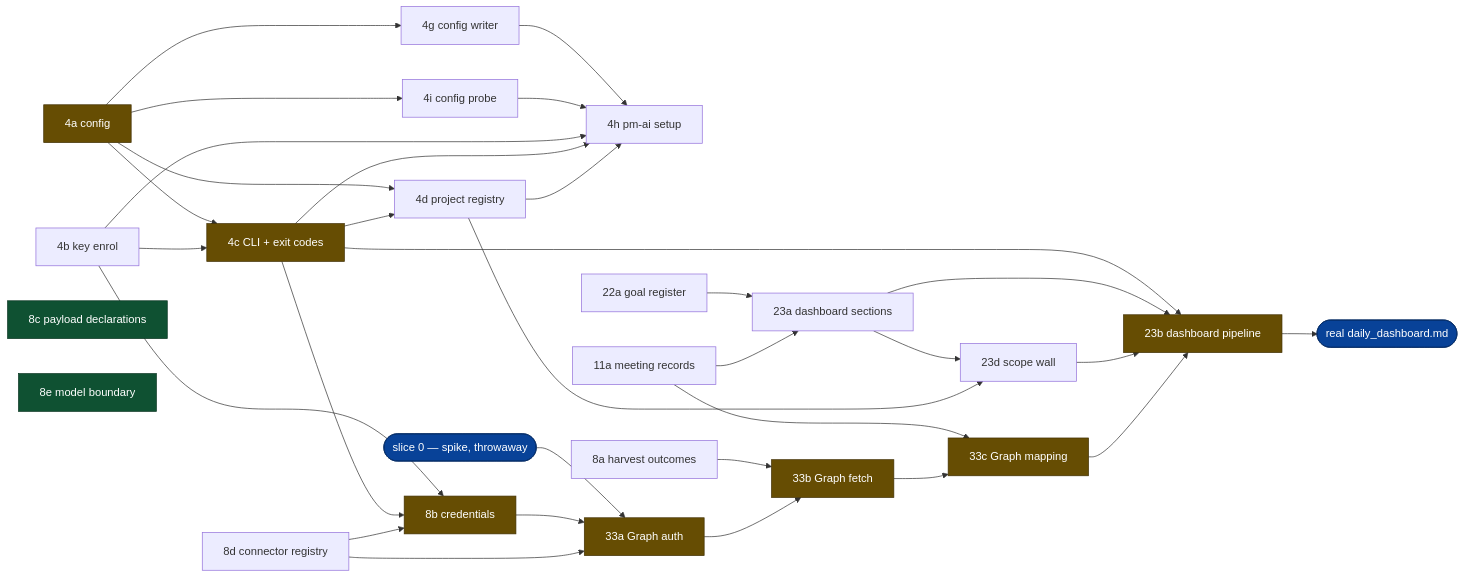
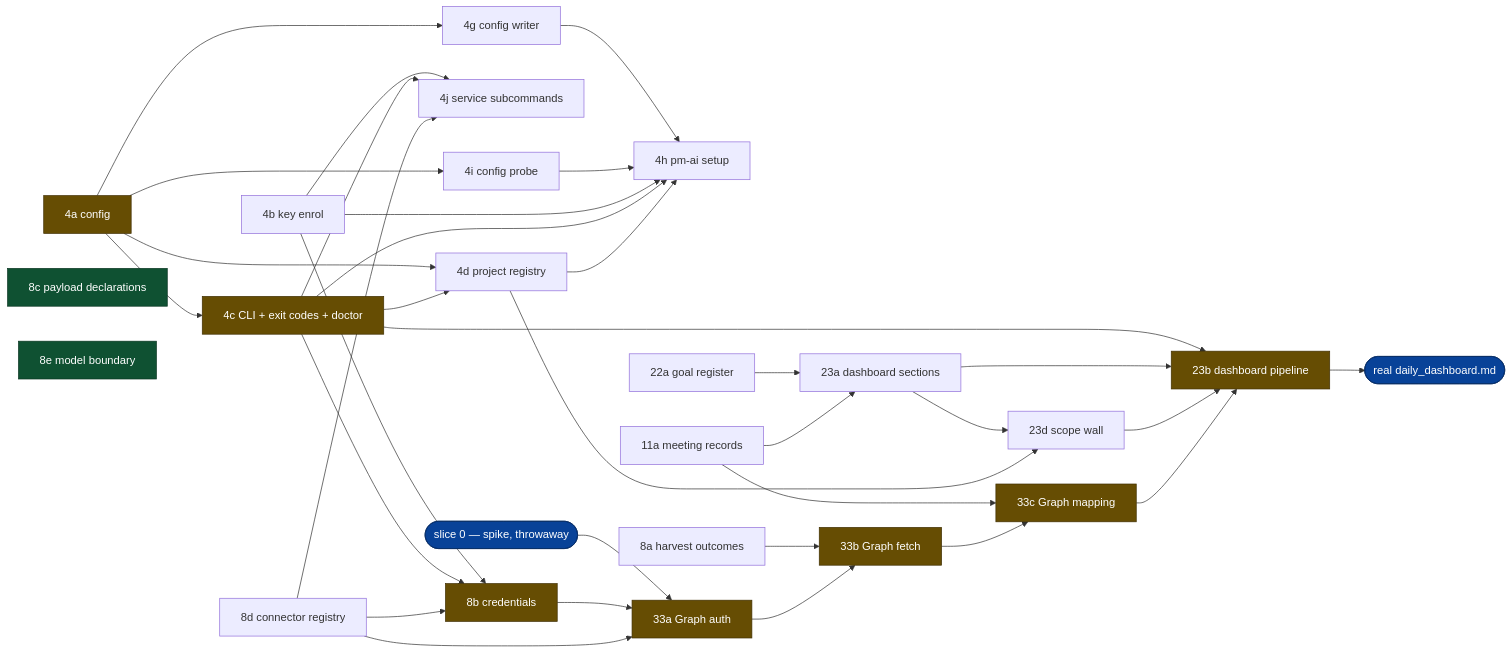
One commit to aramaniuk/pm-ai changed the third of 3 diagrams in _bmad-output/implementation-artifacts/prototype-path-2026-09-01.md. Above: the diagram before and after it, drawn with Mermaid. The commit also changed other lines of this file and 3 other files, not shown here.

````diff
--- a/_bmad-output/implementation-artifacts/prototype-path-2026-09-01.md
+++ b/_bmad-output/implementation-artifacts/prototype-path-2026-09-01.md
@@ -251,63 +251,66 @@
 ```mermaid
 flowchart LR
     s0(["slice 0 — spike, throwaway"])
     s4a["4a config"]
     s4b["4b key enrol"]
-    s4c["4c CLI + exit codes"]
+    s4c["4c CLI + exit codes + doctor"]
+    s4j["4j service subcommands"]
     s4d["4d project registry"]
     s4g["4g config writer"]
     s4i["4i config probe"]
     s4h["4h pm-ai setup"]
     s8a["8a harvest outcomes"]
     s8d["8d connector registry"]
     s8b["8b credentials"]
     s8c["8c payload declarations"]
     s8e["8e model boundary"]
     s11a["11a meeting records"]
     s22a["22a goal register"]
     s33a["33a Graph auth"]
     s33b["33b Graph fetch"]
     s33c["33c Graph mapping"]
     s23a["23a dashboard sections"]
     s23d["23d scope wall"]
     s23b["23b dashboard pipeline"]
     done(["real daily_dashboard.md"])
 
     s0 --> s33a
     s4a --> s4c
-    s4b --> s4c
+    s4b --> s4j
+    s4c --> s4j
+    s8d --> s4j
     s4a --> s4d
     s4c --> s4d
     s4a --> s4g
     s4g --> s4h
     s4a --> s4i
     s4i --> s4h
     s4b --> s4h
     s4c --> s4h
     s4d --> s4h
     s4b --> s8b
     s4c --> s8b
     s8d --> s8b
     s8b --> s33a
     s8d --> s33a
     s8a --> s33b
     s33a --> s33b
     s11a --> s33c
     s33b --> s33c
     s22a --> s23a
     s11a --> s23a
     s23a --> s23d
     s4d --> s23d
     s4c --> s23b
     s23a --> s23b
     s23d --> s23b
     s33c --> s23b
     s23b --> done
 
     classDef crit fill:#664d03,stroke:#413003,color:#ffffff
     classDef island fill:#0f5132,stroke:#0a3622,color:#ffffff
     classDef goal fill:#084298,stroke:#052c65,color:#ffffff
     class s4a,s4c,s8b,s33a,s33b,s33c,s23b crit
     class s8c,s8e island
     class done,s0 goal
 ```
````
